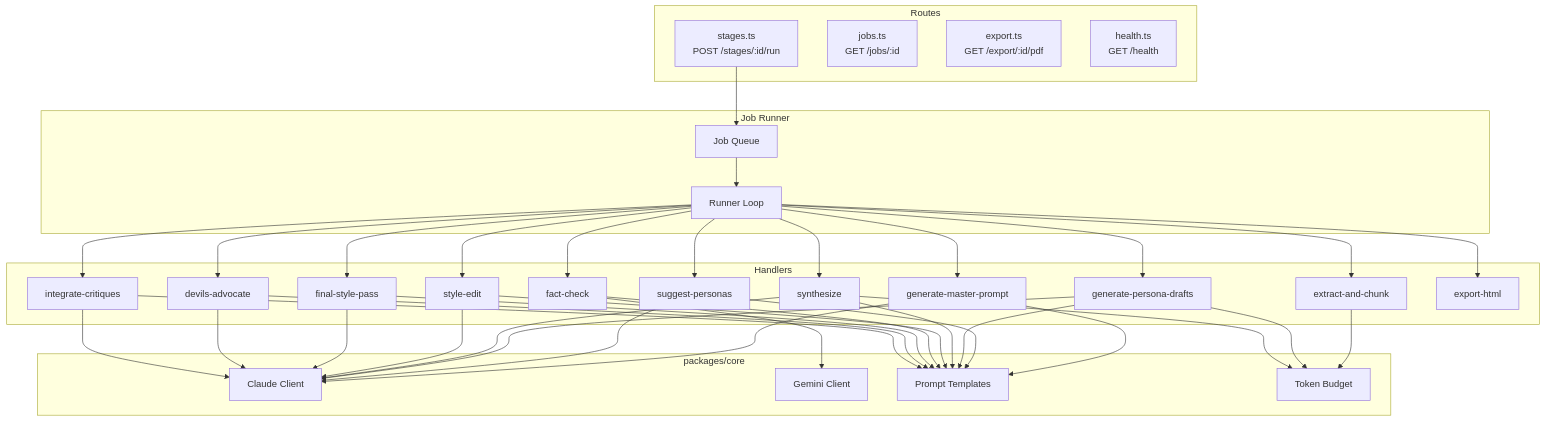
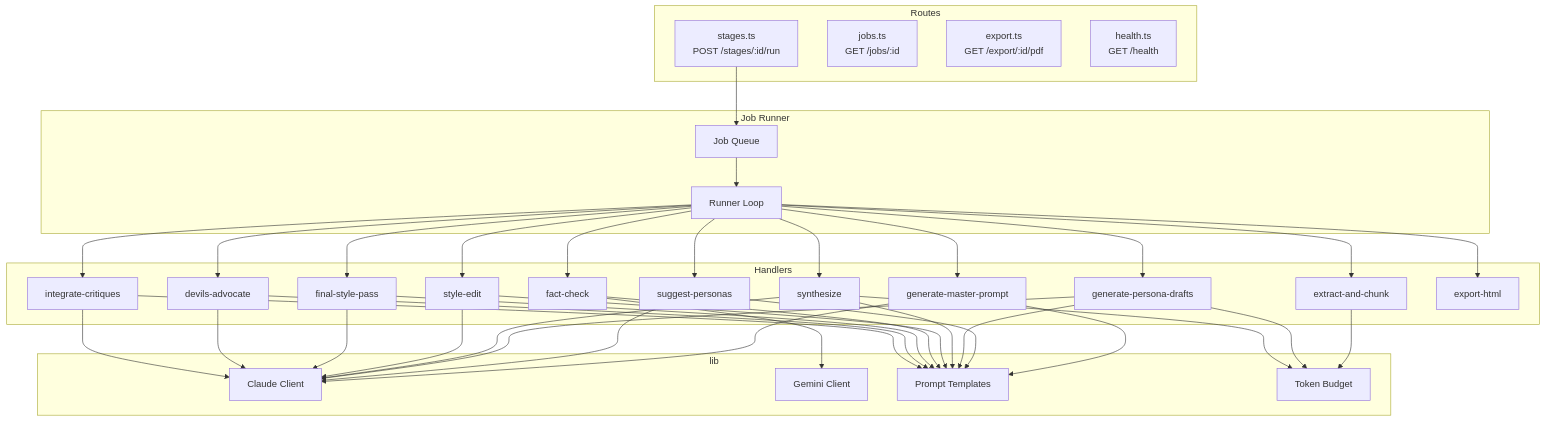
Before and after one commit to carbonsynctech/clermont-ai-portal: the third of 3 diagrams in docs/architecture.md, drawn with Mermaid. The commit also changed other lines of this file and 289 other files, not shown here.

````diff
--- a/docs/architecture.md
+++ b/docs/architecture.md
@@ -63,43 +63,43 @@
 ```mermaid
 graph TD
     subgraph Routes
         StagesRoute[stages.ts<br>POST /stages/:id/run]
         JobsRoute[jobs.ts<br>GET /jobs/:id]
         ExportRoute[export.ts<br>GET /export/:id/pdf]
         HealthRoute[health.ts<br>GET /health]
     end
 
     subgraph Job Runner
         Queue[Job Queue]
         Runner[Runner Loop]
     end
 
     subgraph Handlers
         H1[generate-master-prompt]
         H2[suggest-personas]
         H3[extract-and-chunk]
         H4[generate-persona-drafts]
         H5[synthesize]
         H6[style-edit]
         H7[fact-check]
         H8[final-style-pass]
         H9[devils-advocate]
         H10[integrate-critiques]
         H11[export-html]
     end
 
-    subgraph packages/core
+    subgraph lib
         ClaudeClient[Claude Client]
         GeminiClient[Gemini Client]
         Prompts[Prompt Templates]
         TokenBudget[Token Budget]
     end
 
     StagesRoute --> Queue
     Queue --> Runner
     Runner --> H1 & H2 & H3 & H4 & H5 & H6 & H7 & H8 & H9 & H10 & H11
     H1 & H2 & H4 & H5 & H6 & H8 & H9 & H10 --> ClaudeClient
     H7 --> GeminiClient
     H1 & H2 & H4 & H5 & H6 & H7 & H8 & H9 & H10 --> Prompts
     H3 & H4 & H5 --> TokenBudget
 ```
````
